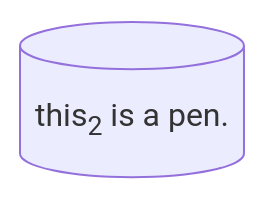
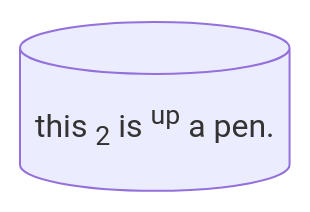
One commit to yamato97/science changed the diagram in grand_canonical.md. Above: the diagram before and after it, drawn with Mermaid.

````diff
--- a/grand_canonical.md
+++ b/grand_canonical.md
@@ -9,4 +9,4 @@
 ```mermaid
 graph LR
-NodeIdName[("this<sub>2</sub> is a pen.")]
+NodeIdName[("this <sub>2</sub> is <sup>up</sup> a pen.")]
 ```
````
